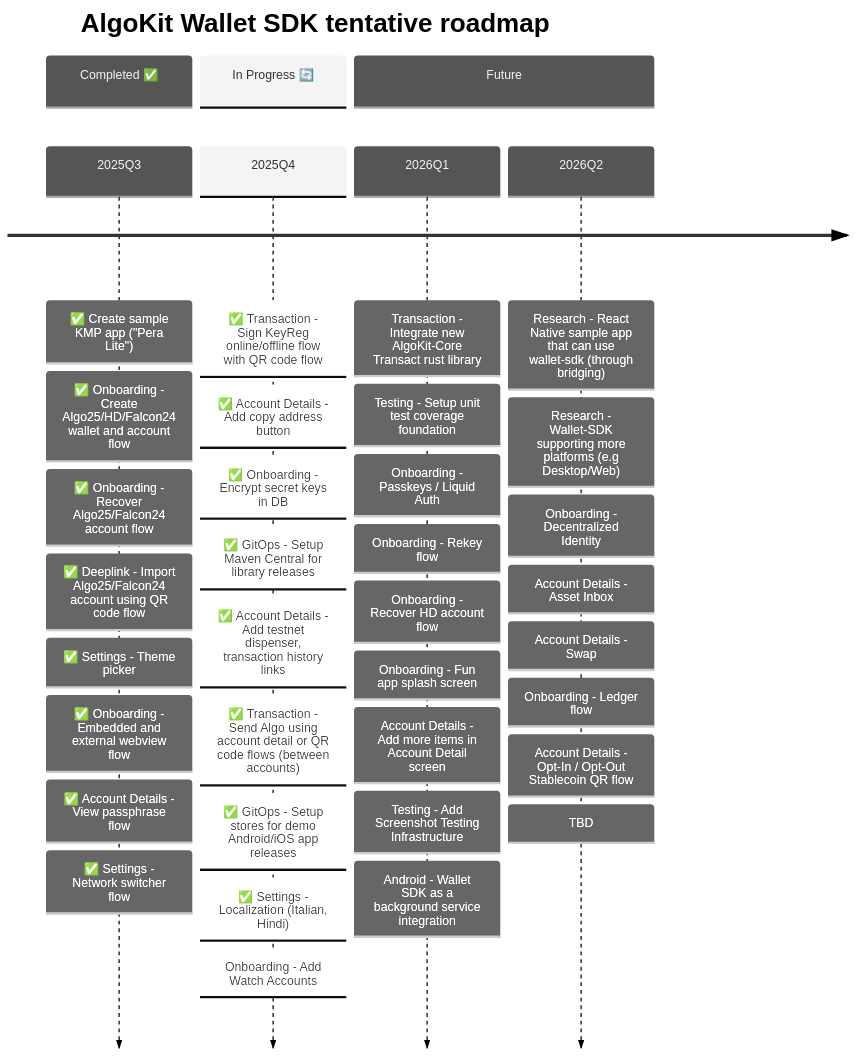
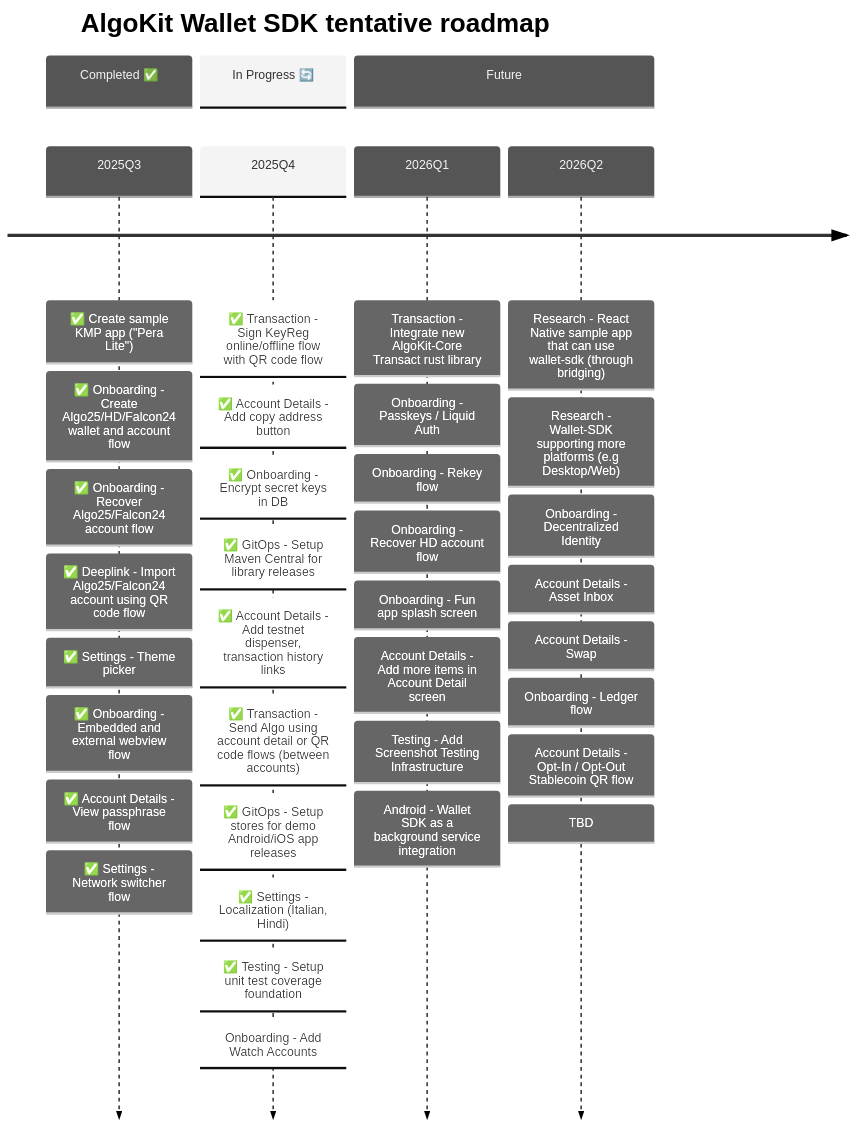
One commit to michaeltchuang/algokit-walletsdk-kmp changed the second of 3 diagrams in README.md. Above: the diagram before and after it, drawn with Mermaid. The commit also changed 38 other files, not shown here.

Commit message:
tests: Adding unit test coverage using kover and mockk (#141)

````diff
--- a/README.md
+++ b/README.md
@@ -67,49 +67,49 @@
 ```mermaid
 ---
 config:
   theme: 'neutral'
 ---
 timeline
     title AlgoKit Wallet SDK tentative roadmap
 
     section Completed ✅
     2025Q3  : ✅ Create sample KMP app ("Pera Lite")
             : ✅ Onboarding - Create Algo25/HD/Falcon24 wallet and account flow
             : ✅ Onboarding - Recover Algo25/Falcon24 account flow
             : ✅ Deeplink - Import Algo25/Falcon24 account using QR code flow
             : ✅ Settings - Theme picker
             : ✅ Onboarding - Embedded and external webview flow
             : ✅ Account Details - View passphrase flow
             : ✅ Settings - Network switcher flow
 
     section In Progress 🔄
     2025Q4  : ✅ Transaction - Sign KeyReg online/offline flow with QR code flow
             : ✅ Account Details - Add copy address button
             : ✅ Onboarding - Encrypt secret keys in DB
             : ✅ GitOps - Setup Maven Central for library releases
             : ✅ Account Details - Add testnet dispenser, transaction history links
             : ✅ Transaction - Send Algo using account detail or QR code flows (between accounts)
             : ✅ GitOps - Setup stores for demo Android/iOS app releases
             : ✅ Settings - Localization (Italian, Hindi)
+            : ✅ Testing - Setup unit test coverage foundation
             : Onboarding - Add Watch Accounts
 
 
     section Future
     2026Q1  : Transaction - Integrate new AlgoKit-Core Transact rust library
-            : Testing - Setup unit test coverage foundation
             : Onboarding - Passkeys / Liquid Auth
             : Onboarding - Rekey flow
             : Onboarding - Recover HD account flow
             : Onboarding - Fun app splash screen
             : Account Details - Add more items in Account Detail screen
             : Testing - Add Screenshot Testing Infrastructure
             : Android - Wallet SDK as a background service integration
     2026Q2  : Research - React Native sample app that can use wallet-sdk (through bridging)
             : Research - Wallet-SDK supporting more platforms (e.g Desktop/Web)
             : Onboarding - Decentralized Identity
             : Account Details - Asset Inbox
             : Account Details - Swap
             : Onboarding - Ledger flow
             : Account Details - Opt-In / Opt-Out Stablecoin QR flow
             : TBD
 ```
````
